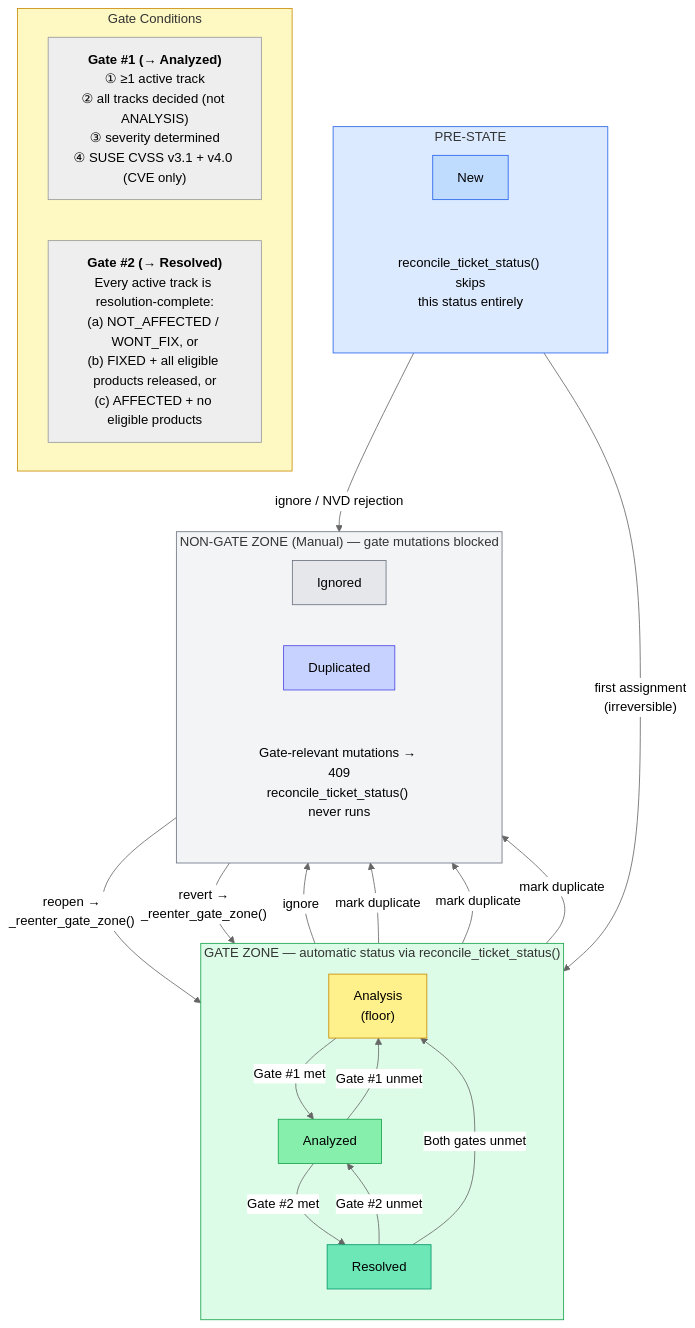
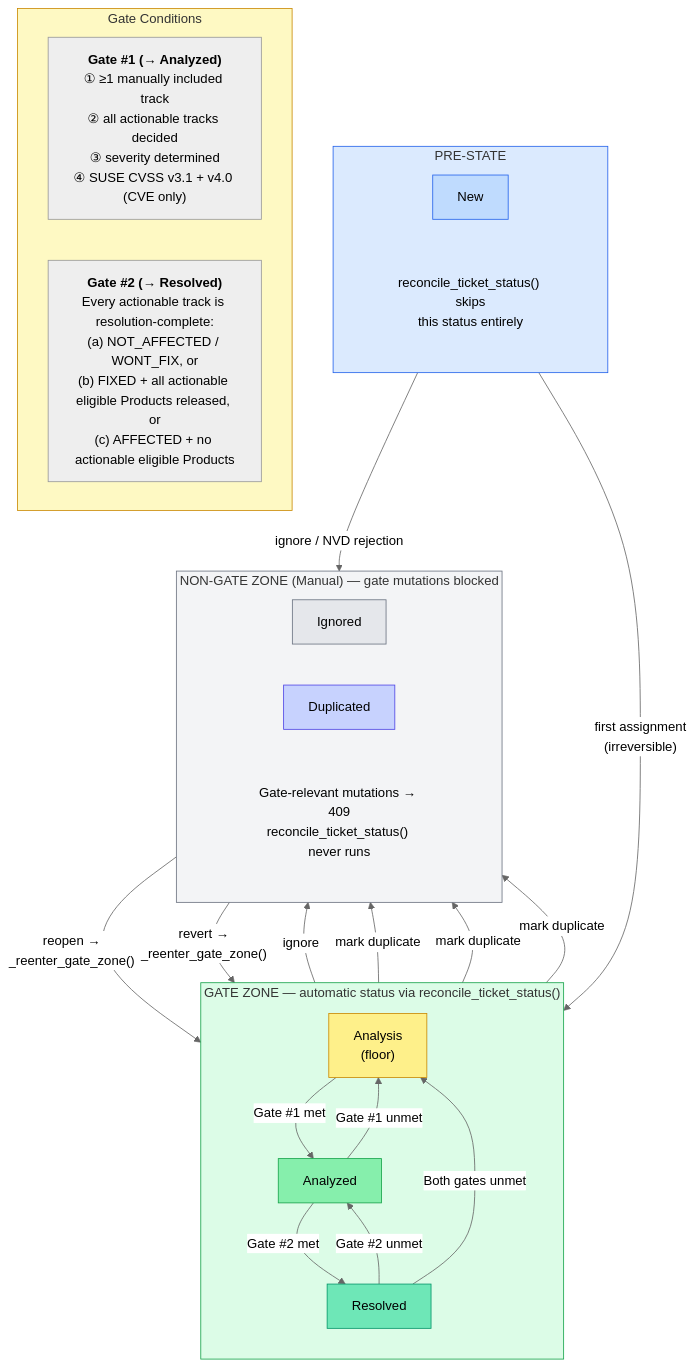
The sixth of 7 diagrams in docs/system-map.md (StayPirate/STAMP), drawn with Mermaid (neutral theme) before and after one commit. The commit also changed other lines of this file and 33 other files, not shown here.

````diff
--- a/docs/system-map.md
+++ b/docs/system-map.md
@@ -604,64 +610,64 @@
 ```mermaid
 flowchart TD
     subgraph pre["PRE-STATE"]
         direction LR
         NEW["New"]
         NOTE_PRE["reconcile_ticket_status() skips<br/>this status entirely"]
     end
 
     subgraph gate["GATE ZONE — automatic status via reconcile_ticket_status()"]
         direction TB
         ANALYSIS["Analysis<br/>(floor)"]
         ANALYZED["Analyzed"]
         RESOLVED["Resolved"]
 
         ANALYSIS -->|"Gate #1 met"| ANALYZED
         ANALYZED -->|"Gate #1 unmet"| ANALYSIS
         ANALYZED -->|"Gate #2 met"| RESOLVED
         RESOLVED -->|"Gate #2 unmet"| ANALYZED
         RESOLVED -->|"Both gates unmet"| ANALYSIS
     end
 
     subgraph manual["NON-GATE ZONE (Manual) — gate mutations blocked"]
         direction LR
         IGNORED["Ignored"]
         DUPLICATED["Duplicated"]
         NOTE_MANUAL["Gate-relevant mutations → 409<br/>reconcile_ticket_status() never runs"]
     end
 
     subgraph gates_ref["Gate Conditions"]
         direction LR
-        G1["<b>Gate #1 (→ Analyzed)</b><br/>① ≥1 active track<br/>② all tracks decided (not ANALYSIS)<br/>③ severity determined<br/>④ SUSE CVSS v3.1 + v4.0 (CVE only)"]
-        G2["<b>Gate #2 (→ Resolved)</b><br/>Every active track is resolution-complete:<br/>(a) NOT_AFFECTED / WONT_FIX, or<br/>(b) FIXED + all eligible products released, or<br/>(c) AFFECTED + no eligible products"]
+        G1["<b>Gate #1 (→ Analyzed)</b><br/>① ≥1 manually included track<br/>② all actionable tracks decided<br/>③ severity determined<br/>④ SUSE CVSS v3.1 + v4.0 (CVE only)"]
+        G2["<b>Gate #2 (→ Resolved)</b><br/>Every actionable track is resolution-complete:<br/>(a) NOT_AFFECTED / WONT_FIX, or<br/>(b) FIXED + all actionable eligible Products released, or<br/>(c) AFFECTED + no actionable eligible Products"]
     end
 
     %% Entry from pre-state to gate zone
     NEW -->|"first assignment<br/>(irreversible)"| ANALYSIS
 
     %% Exit to manual zone
     NEW -->|"ignore / NVD rejection"| IGNORED
     ANALYSIS -->|"ignore"| IGNORED
     ANALYSIS -->|"mark duplicate"| DUPLICATED
     ANALYZED -->|"mark duplicate"| DUPLICATED
     RESOLVED -->|"mark duplicate"| DUPLICATED
 
     %% Re-entry from manual zone to gate zone
     IGNORED -->|"reopen →<br/>_reenter_gate_zone()"| ANALYSIS
     DUPLICATED -->|"revert →<br/>_reenter_gate_zone()"| ANALYSIS
 
     %% Styling
     style pre fill:#dbeafe,stroke:#2563eb
     style gate fill:#dcfce7,stroke:#16a34a
     style manual fill:#f3f4f6,stroke:#6b7280
     style gates_ref fill:#fef9c3,stroke:#ca8a04
 
     style NEW fill:#bfdbfe,stroke:#2563eb
     style ANALYSIS fill:#fef08a,stroke:#ca8a04
     style ANALYZED fill:#86efac,stroke:#16a34a
     style RESOLVED fill:#6ee7b7,stroke:#059669
     style IGNORED fill:#e5e7eb,stroke:#6b7280
     style DUPLICATED fill:#c7d2fe,stroke:#4f46e5
 
     style NOTE_PRE fill:none,stroke:none
     style NOTE_MANUAL fill:none,stroke:none
 ```
````
